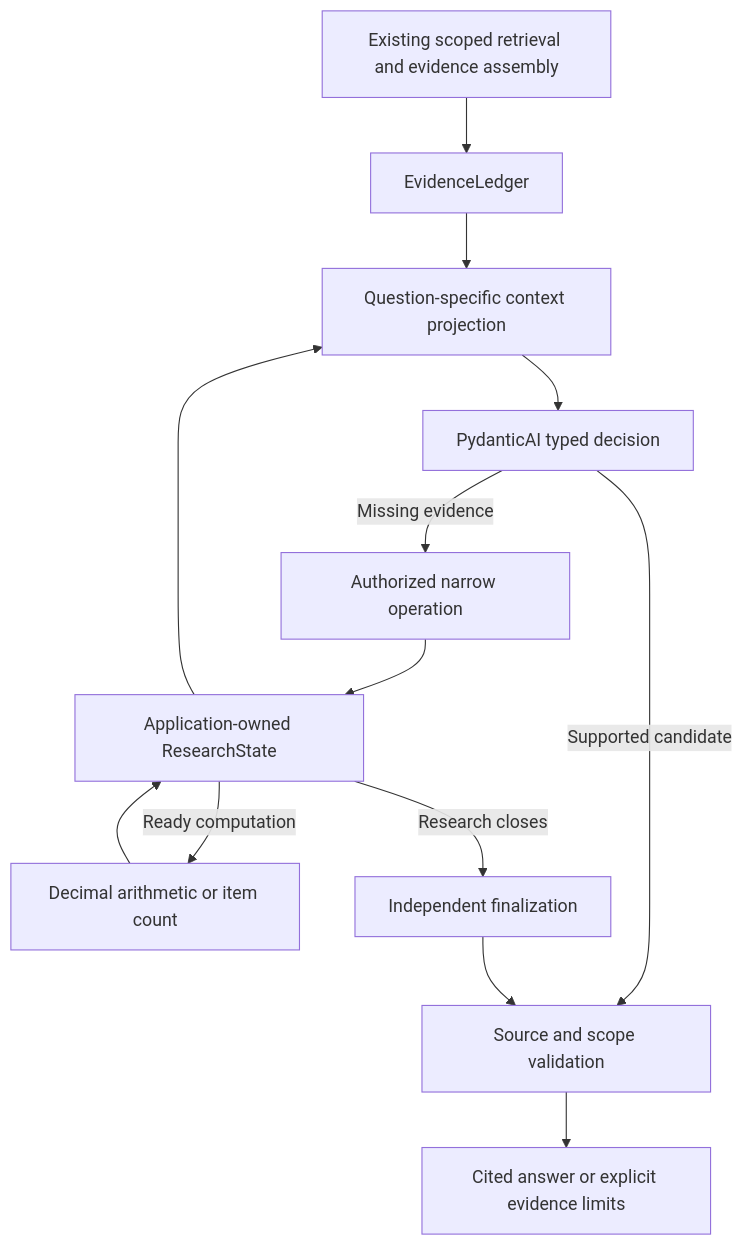
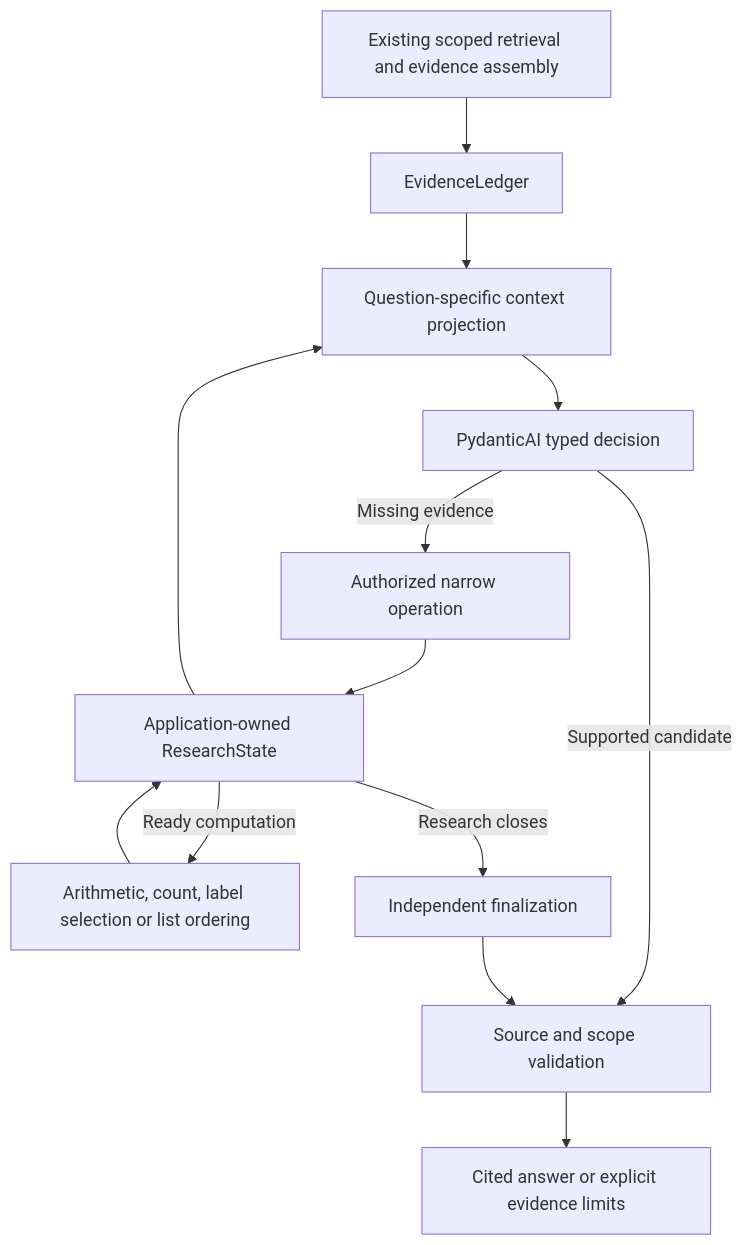
Before and after one commit to negativexq/knowledge-base-rag: the first of 2 diagrams in docs/adaptive-workflow.md, drawn with Mermaid. The commit also changed other lines of this file and 12 other files, not shown here.

````diff
--- a/docs/adaptive-workflow.md
+++ b/docs/adaptive-workflow.md
@@ -15,15 +15,15 @@
 ```mermaid
 flowchart TD
     Retrieval["Existing scoped retrieval and evidence assembly"] --> Ledger["EvidenceLedger"]
     Ledger --> Context["Question-specific context projection"]
     Context --> Decision["PydanticAI typed decision"]
     Decision -->|"Supported candidate"| Verify["Source and scope validation"]
     Decision -->|"Missing evidence"| Tool["Authorized narrow operation"]
     Tool --> State["Application-owned ResearchState"]
-    State -->|"Ready computation"| Calculate["Decimal arithmetic or item count"]
+    State -->|"Ready computation"| Calculate["Arithmetic, count, label selection or list ordering"]
     Calculate --> State
     State --> Context
     State -->|"Research closes"| Finalize["Independent finalization"]
     Finalize --> Verify
     Verify --> Release["Cited answer or explicit evidence limits"]
 ```
````
